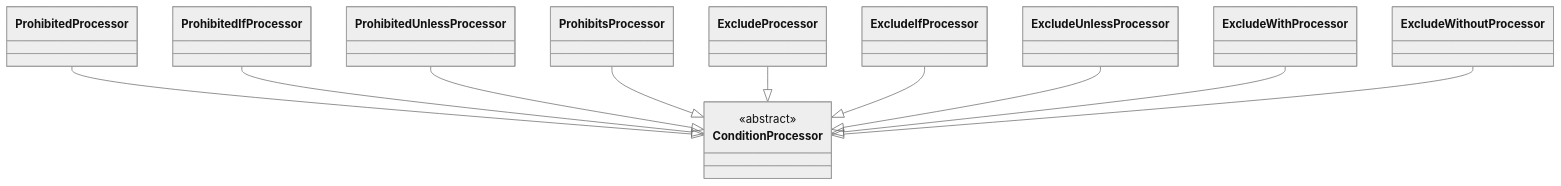
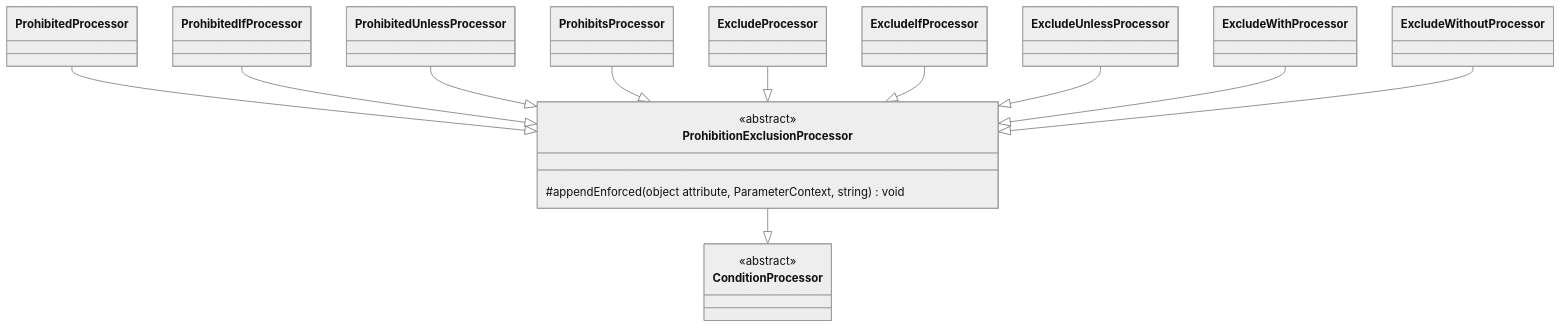
One commit to abrhadev/laravel-data-docs changed the diagram in spdd/prompt/STORY-001-002-202609251859-[Canvas]-family-prohibition-exclusion.md. Above: the diagram before and after it, drawn with Mermaid (neutral theme). The commit also changed other lines of this file and 151 other files, not shown here.

````diff
--- a/spdd/prompt/STORY-001-002-202609251859-[Canvas]-family-prohibition-exclusion.md
+++ b/spdd/prompt/STORY-001-002-202609251859-[Canvas]-family-prohibition-exclusion.md
@@ -17,15 +17,20 @@
 ```mermaid
 classDiagram
     class ConditionProcessor {
         <<abstract>>
     }
-    ProhibitedProcessor --|> ConditionProcessor
-    ProhibitedIfProcessor --|> ConditionProcessor
-    ProhibitedUnlessProcessor --|> ConditionProcessor
-    ProhibitsProcessor --|> ConditionProcessor
-    ExcludeProcessor --|> ConditionProcessor
-    ExcludeIfProcessor --|> ConditionProcessor
-    ExcludeUnlessProcessor --|> ConditionProcessor
-    ExcludeWithProcessor --|> ConditionProcessor
-    ExcludeWithoutProcessor --|> ConditionProcessor
+    class ProhibitionExclusionProcessor {
+        <<abstract>>
+        #appendEnforced(object attribute, ParameterContext, string) void
+    }
+    ProhibitionExclusionProcessor --|> ConditionProcessor
+    ProhibitedProcessor --|> ProhibitionExclusionProcessor
+    ProhibitedIfProcessor --|> ProhibitionExclusionProcessor
+    ProhibitedUnlessProcessor --|> ProhibitionExclusionProcessor
+    ProhibitsProcessor --|> ProhibitionExclusionProcessor
+    ExcludeProcessor --|> ProhibitionExclusionProcessor
+    ExcludeIfProcessor --|> ProhibitionExclusionProcessor
+    ExcludeUnlessProcessor --|> ProhibitionExclusionProcessor
+    ExcludeWithProcessor --|> ProhibitionExclusionProcessor
+    ExcludeWithoutProcessor --|> ProhibitionExclusionProcessor
 ```
````
